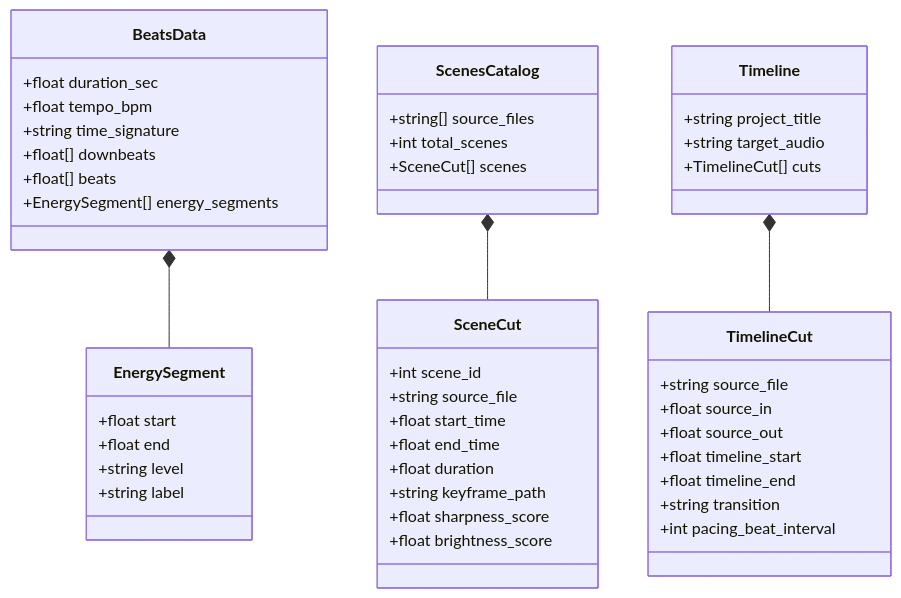
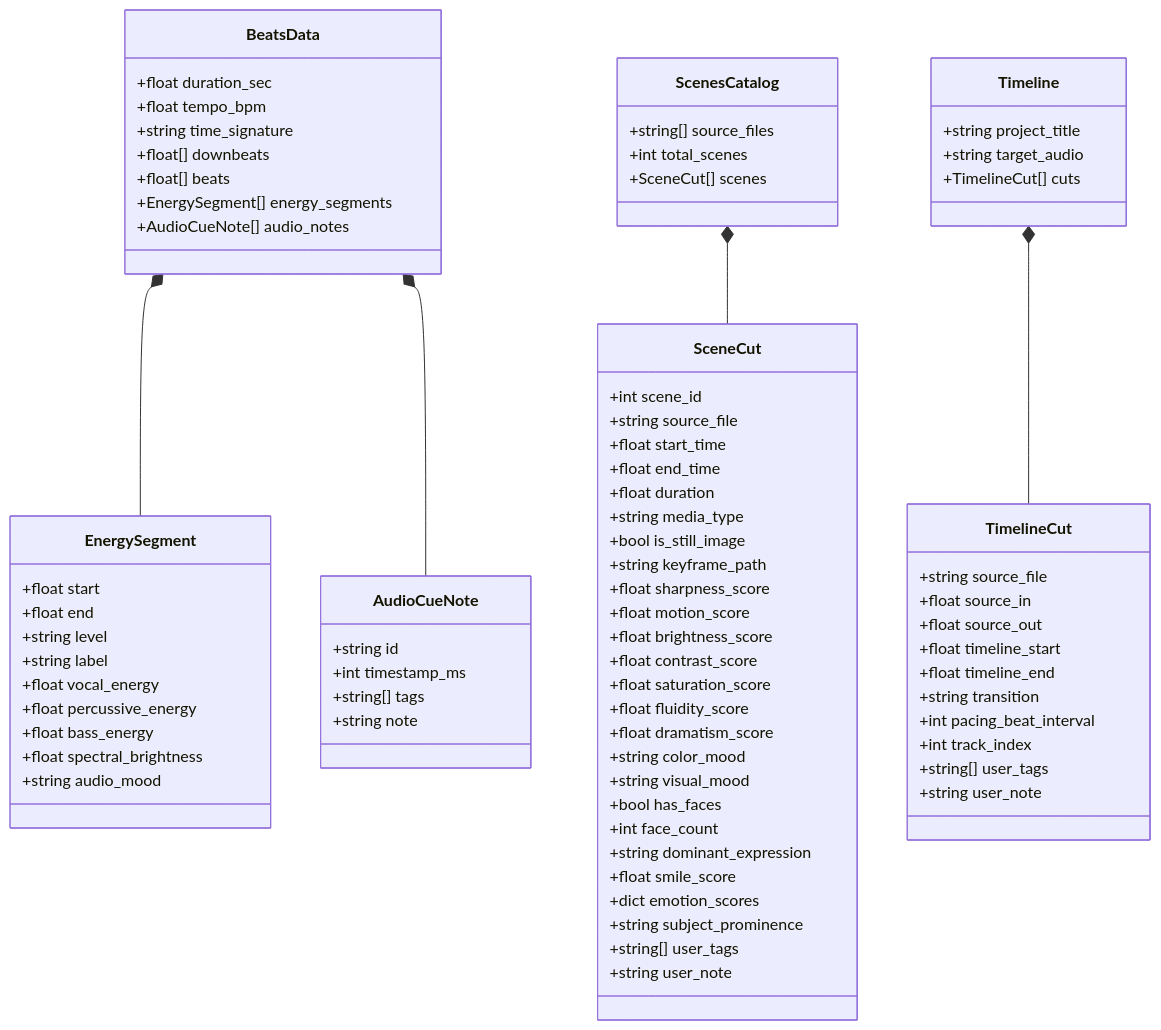
The second of 2 diagrams in docs/ARCHITECTURE.md (vmatrixdev/frame-beat), drawn with Mermaid before and after one commit. The commit also changed other lines of this file and 4 other files, not shown here.

Commit message:
docs(specs): sync specs, architecture, and agent guidelines with Phase 5 implementation

````diff
--- a/docs/ARCHITECTURE.md
+++ b/docs/ARCHITECTURE.md
@@ -135,49 +124,82 @@
 ```mermaid
 classDiagram
     class BeatsData {
         +float duration_sec
         +float tempo_bpm
         +string time_signature
         +float[] downbeats
         +float[] beats
         +EnergySegment[] energy_segments
+        +AudioCueNote[] audio_notes
+    }
+    class AudioCueNote {
+        +string id
+        +int timestamp_ms
+        +string[] tags
+        +string note
     }
     class EnergySegment {
         +float start
         +float end
         +string level
         +string label
+        +float vocal_energy
+        +float percussive_energy
+        +float bass_energy
+        +float spectral_brightness
+        +string audio_mood
     }
     class SceneCut {
         +int scene_id
         +string source_file
         +float start_time
         +float end_time
         +float duration
+        +string media_type
+        +bool is_still_image
         +string keyframe_path
         +float sharpness_score
+        +float motion_score
         +float brightness_score
+        +float contrast_score
+        +float saturation_score
+        +float fluidity_score
+        +float dramatism_score
+        +string color_mood
+        +string visual_mood
+        +bool has_faces
+        +int face_count
+        +string dominant_expression
+        +float smile_score
+        +dict emotion_scores
+        +string subject_prominence
+        +string[] user_tags
+        +string user_note
     }
     class ScenesCatalog {
         +string[] source_files
         +int total_scenes
         +SceneCut[] scenes
     }
     class TimelineCut {
         +string source_file
         +float source_in
         +float source_out
         +float timeline_start
         +float timeline_end
         +string transition
         +int pacing_beat_interval
+        +int track_index
+        +string[] user_tags
+        +string user_note
     }
     class Timeline {
         +string project_title
         +string target_audio
         +TimelineCut[] cuts
     }
     BeatsData *-- EnergySegment
+    BeatsData *-- AudioCueNote
     ScenesCatalog *-- SceneCut
     Timeline *-- TimelineCut
 ```
````
